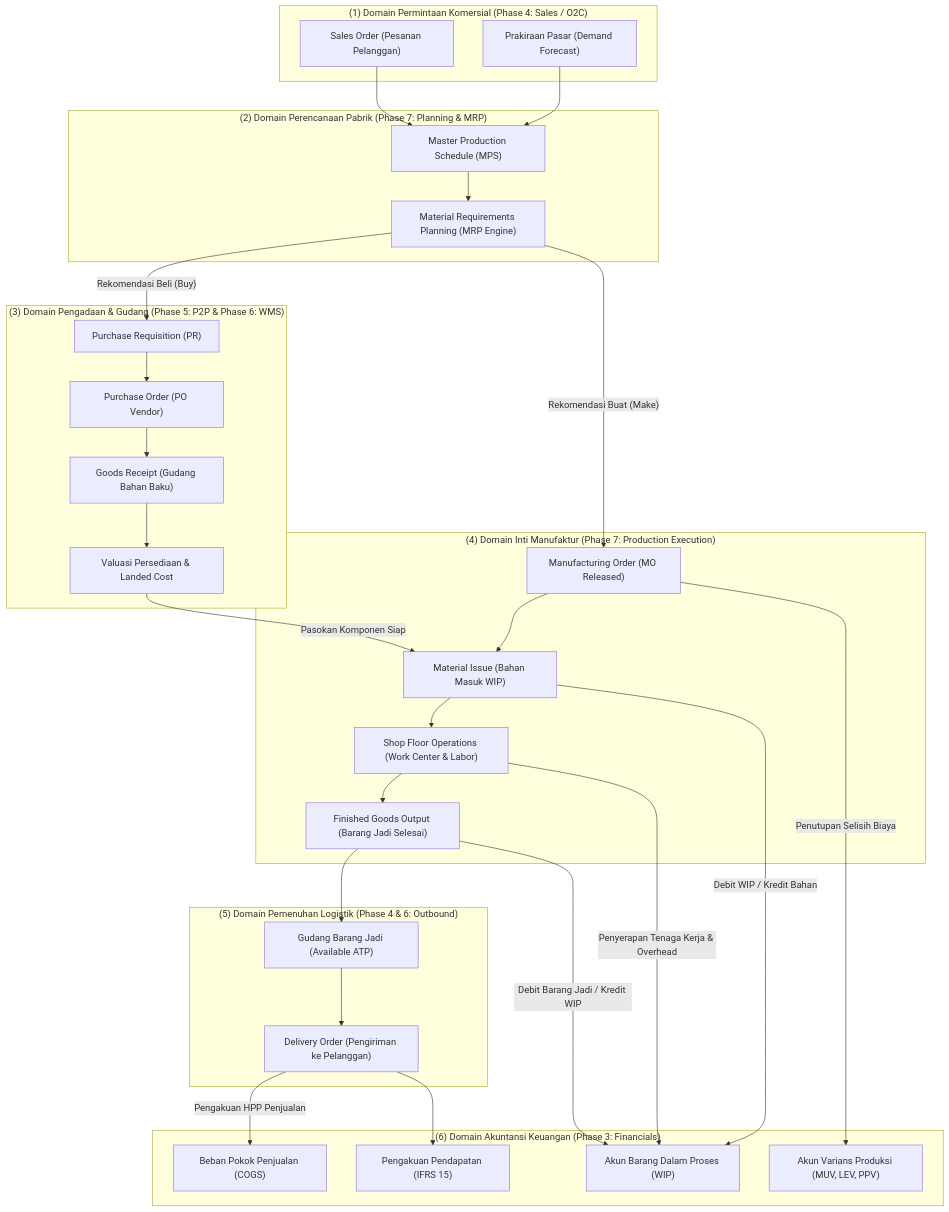
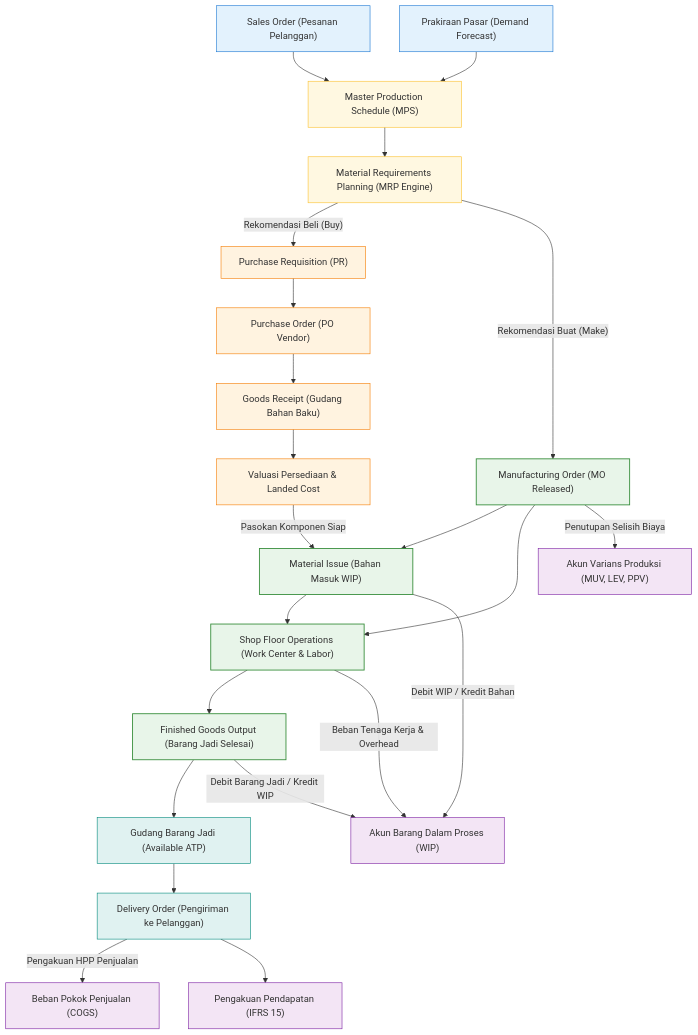
One commit to alimurrofid/erp-notes changed the diagram in content/06-manufacturing/manufacturing-integration.md. Above: the diagram before and after it, drawn with Mermaid. The commit also changed 58 other files, not shown here.

Commit message:
fix(content):Mermaid Subgraph

````diff
--- a/content/06-manufacturing/manufacturing-integration.md
+++ b/content/06-manufacturing/manufacturing-integration.md
@@ -27,63 +27,66 @@
 ```mermaid
 flowchart TD
-    subgraph DemandSide["(1) Domain Permintaan Komersial (Phase 4: Sales / O2C)"]
-        SO["Sales Order (Pesanan Pelanggan)"]
-        FC["Prakiraan Pasar (Demand Forecast)"]
-    end
+    SO["Sales Order (Pesanan Pelanggan)"]
+    FC["Prakiraan Pasar (Demand Forecast)"]
 
-    subgraph PlanningEngine["(2) Domain Perencanaan Pabrik (Phase 7: Planning & MRP)"]
-        MPS["Master Production Schedule (MPS)"]
-        MRP["Material Requirements Planning (MRP Engine)"]
-    end
+    MPS["Master Production Schedule (MPS)"]
+    MRP["Material Requirements Planning (MRP Engine)"]
 
-    subgraph SupplyExecution["(3) Domain Pengadaan & Gudang (Phase 5: P2P & Phase 6: WMS)"]
-        PR["Purchase Requisition (PR)"]
-        PO["Purchase Order (PO Vendor)"]
-        GR["Goods Receipt (Gudang Bahan Baku)"]
-        StockVal["Valuasi Persediaan & Landed Cost"]
-    end
+    PR["Purchase Requisition (PR)"]
+    PO["Purchase Order (PO Vendor)"]
+    GR["Goods Receipt (Gudang Bahan Baku)"]
+    StockVal["Valuasi Persediaan & Landed Cost"]
 
-    subgraph ProductionCore["(4) Domain Inti Manufaktur (Phase 7: Production Execution)"]
-        MO["Manufacturing Order (MO Released)"]
-        Issue["Material Issue (Bahan Masuk WIP)"]
-        SFC["Shop Floor Operations (Work Center & Labor)"]
-        FG_Out["Finished Goods Output (Barang Jadi Selesai)"]
-    end
+    MO["Manufacturing Order (MO Released)"]
+    Issue["Material Issue (Bahan Masuk WIP)"]
+    SFC["Shop Floor Operations (Work Center & Labor)"]
+    FG_Out["Finished Goods Output (Barang Jadi Selesai)"]
 
-    subgraph FulfillmentSide["(5) Domain Pemenuhan Logistik (Phase 4 & 6: Outbound)"]
-        FG_Stock["Gudang Barang Jadi (Available ATP)"]
-        DO["Delivery Order (Pengiriman ke Pelanggan)"]
-    end
+    FG_Stock["Gudang Barang Jadi (Available ATP)"]
+    DO["Delivery Order (Pengiriman ke Pelanggan)"]
 
-    subgraph FinancialAccounting["(6) Domain Akuntansi Keuangan (Phase 3: Financials)"]
-        WIP_Acc["Akun Barang Dalam Proses (WIP)"]
-        Var_Acc["Akun Varians Produksi (MUV, LEV, PPV)"]
-        COGS_Acc["Beban Pokok Penjualan (COGS)"]
-        Rev_Acc["Pengakuan Pendapatan (IFRS 15)"]
-    end
+    WIP_Acc["Akun Barang Dalam Proses (WIP)"]
+    Var_Acc["Akun Varians Produksi (MUV, LEV, PPV)"]
+    COGS_Acc["Beban Pokok Penjualan (COGS)"]
+    Rev_Acc["Pengakuan Pendapatan (IFRS 15)"]
 
     SO --> MPS
     FC --> MPS
     MPS --> MRP
     
     MRP -->|"Rekomendasi Beli (Buy)"| PR
     PR --> PO
     PO --> GR
     GR --> StockVal
     StockVal -->|"Pasokan Komponen Siap"| Issue
     
     MRP -->|"Rekomendasi Buat (Make)"| MO
     MO --> Issue
+    MO --> SFC
     Issue --> SFC
     SFC --> FG_Out
     
     FG_Out --> FG_Stock
     FG_Stock --> DO
     
     Issue -->|"Debit WIP / Kredit Bahan"| WIP_Acc
-    SFC -->|"Penyerapan Tenaga Kerja & Overhead"| WIP_Acc
+    SFC -->|"Beban Tenaga Kerja & Overhead"| WIP_Acc
     FG_Out -->|"Debit Barang Jadi / Kredit WIP"| WIP_Acc
     MO -->|"Penutupan Selisih Biaya"| Var_Acc
     DO -->|"Pengakuan HPP Penjualan"| COGS_Acc
     DO --> Rev_Acc
+
+    classDef demand fill:#e3f2fd,stroke:#1976d2,stroke-width:1px;
+    classDef planning fill:#fff8e1,stroke:#fbc02d,stroke-width:1px;
+    classDef supply fill:#fff3e0,stroke:#f57c00,stroke-width:1px;
+    classDef prod fill:#e8f5e9,stroke:#388e3c,stroke-width:1.5px;
+    classDef fulfill fill:#e0f2f1,stroke:#00897b,stroke-width:1px;
+    classDef fin fill:#f3e5f5,stroke:#7b1fa2,stroke-width:1px;
+
+    class SO,FC demand;
+    class MPS,MRP planning;
+    class PR,PO,GR,StockVal supply;
+    class MO,Issue,SFC,FG_Out prod;
+    class FG_Stock,DO fulfill;
+    class WIP_Acc,Var_Acc,COGS_Acc,Rev_Acc fin;
 ```
````
